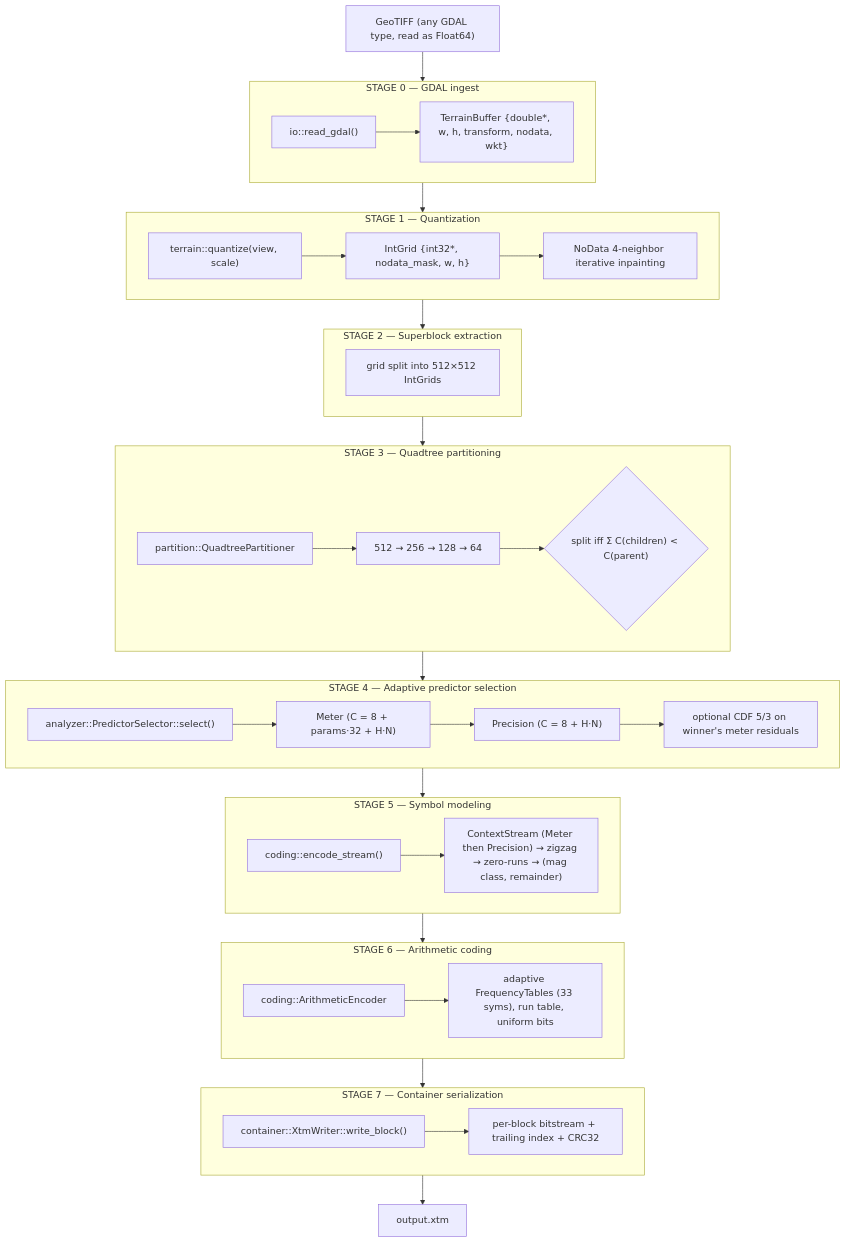
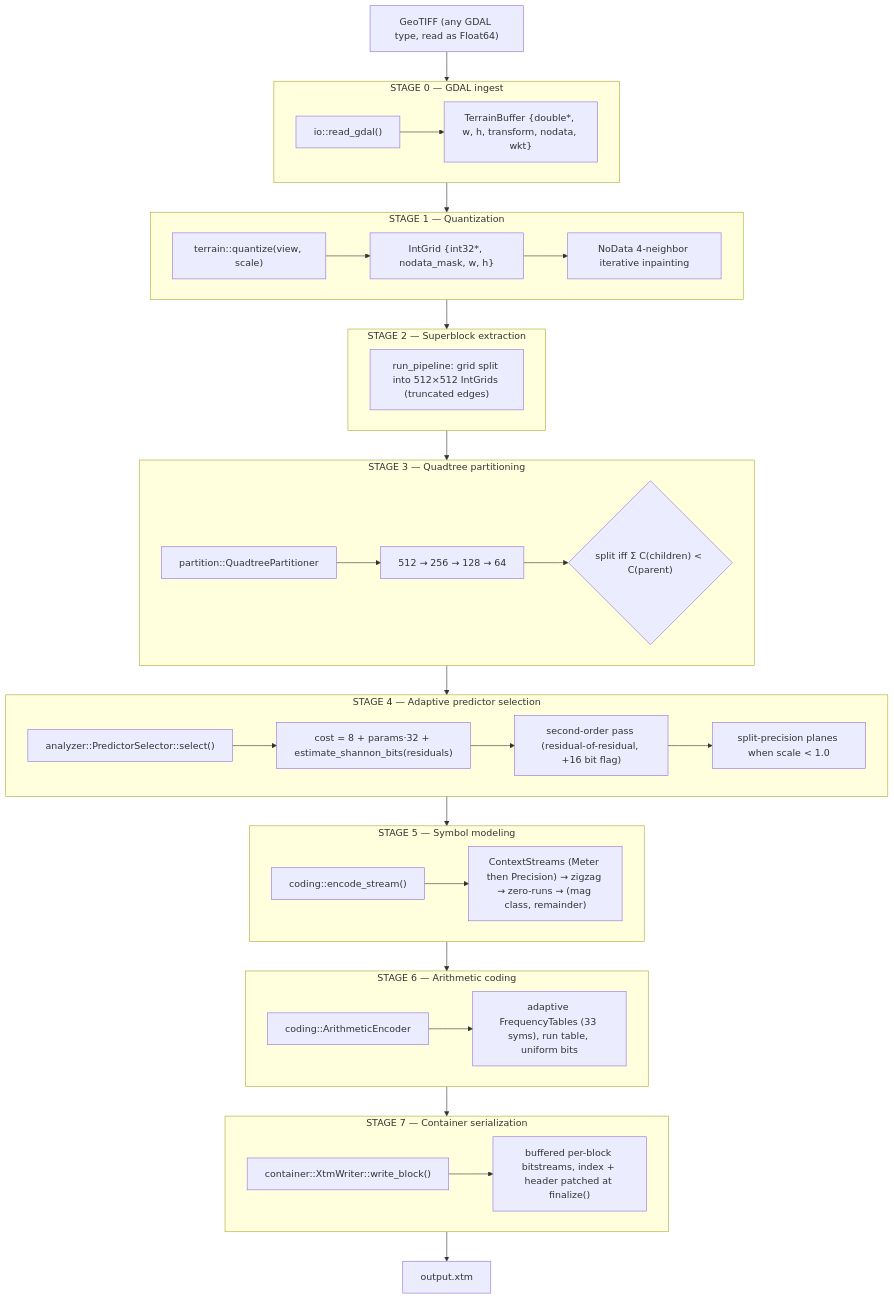
The second of 10 diagrams in docs/pipeline.md (yashwk/libxtm), drawn with Mermaid before and after one commit. The commit also changed other lines of this file and 2 other files, not shown here.

Commit message:
update README.md , pipeline.md

````diff
--- a/docs/pipeline.md
+++ b/docs/pipeline.md
@@ -75,56 +85,56 @@
 ```mermaid
 flowchart TB
     IN["GeoTIFF (any GDAL type, read as Float64)"] --> S0
 
     subgraph S0["STAGE 0 — GDAL ingest"]
         direction LR
         S0a["io::read_gdal()"] --> S0b["TerrainBuffer {double*, w, h, transform, nodata, wkt}"]
     end
     S0 --> S1
 
     subgraph S1["STAGE 1 — Quantization"]
         direction LR
         S1a["terrain::quantize(view, scale)"] --> S1b["IntGrid {int32*, nodata_mask, w, h}"]
         S1b --> S1c["NoData 4-neighbor iterative inpainting"]
     end
     S1 --> S2
 
     subgraph S2["STAGE 2 — Superblock extraction"]
         direction LR
-        S2a["grid split into 512×512 IntGrids"]
+        S2a["run_pipeline: grid split into 512×512 IntGrids (truncated edges)"]
     end
     S2 --> S3
 
     subgraph S3["STAGE 3 — Quadtree partitioning"]
         direction LR
         S3a["partition::QuadtreePartitioner"] --> S3b["512 → 256 → 128 → 64"]
         S3b --> S3c{"split iff Σ C(children) < C(parent)"}
     end
     S3 --> S4
 
     subgraph S4["STAGE 4 — Adaptive predictor selection"]
         direction LR
-        S4a["analyzer::PredictorSelector::select()"] --> S4b["Meter (C = 8 + params·32 + H·N)"]
-        S4b --> S4c["Precision (C = 8 + H·N)"]
-        S4c --> S4d["optional CDF 5/3 on winner's meter residuals"]
+        S4a["analyzer::PredictorSelector::select()"] --> S4b["cost = 8 + params·32 + estimate_shannon_bits(residuals)"]
+        S4b --> S4c["second-order pass (residual-of-residual, +16 bit flag)"]
+        S4c --> S4d["split-precision planes when scale < 1.0"]
     end
     S4 --> S5
 
     subgraph S5["STAGE 5 — Symbol modeling"]
         direction LR
-        S5a["coding::encode_stream()"] --> S5b["ContextStream (Meter then Precision) → zigzag → zero-runs → (mag class, remainder)"]
+        S5a["coding::encode_stream()"] --> S5b["ContextStreams (Meter then Precision) → zigzag → zero-runs → (mag class, remainder)"]
     end
     S5 --> S6
 
     subgraph S6["STAGE 6 — Arithmetic coding"]
         direction LR
         S6a["coding::ArithmeticEncoder"] --> S6b["adaptive FrequencyTables (33 syms), run table, uniform bits"]
     end
     S6 --> S7
 
     subgraph S7["STAGE 7 — Container serialization"]
         direction LR
-        S7a["container::XtmWriter::write_block()"] --> S7b["per-block bitstream + trailing index + CRC32"]
+        S7a["container::XtmWriter::write_block()"] --> S7b["buffered per-block bitstreams, index + header patched at finalize()"]
     end
     S7 --> OUT["output.xtm"]
 ```
````
